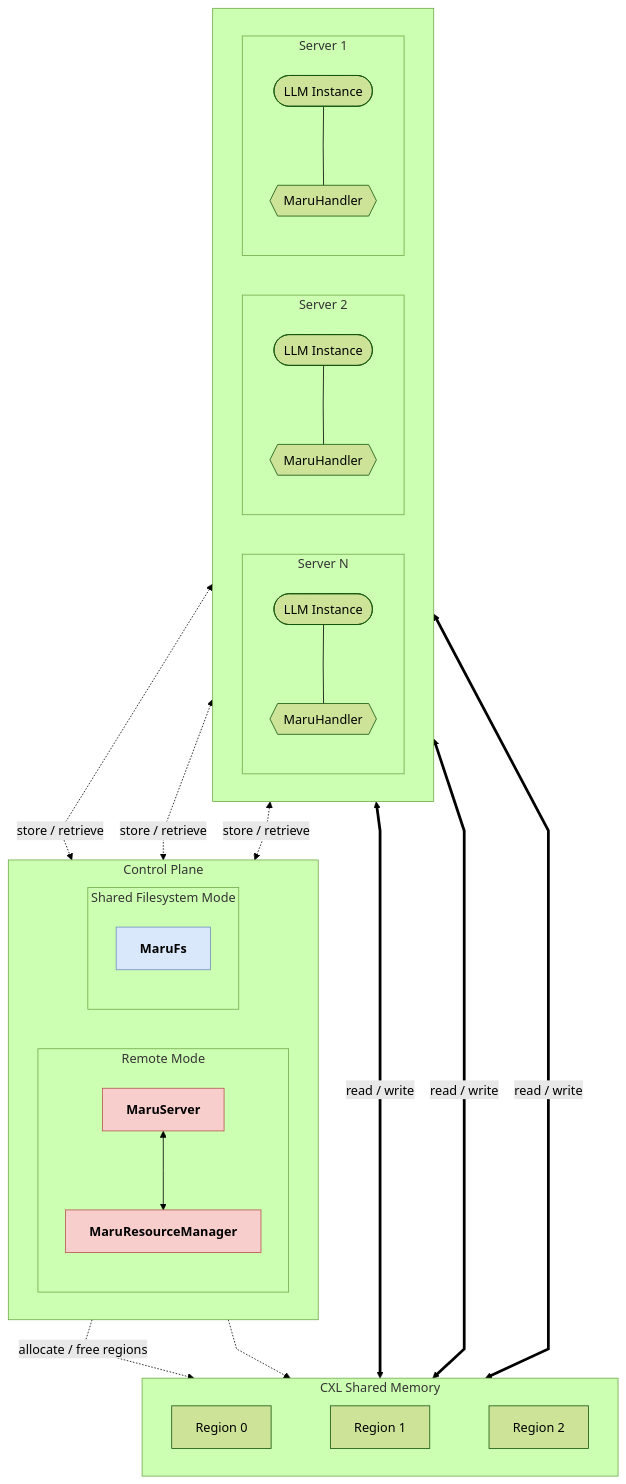
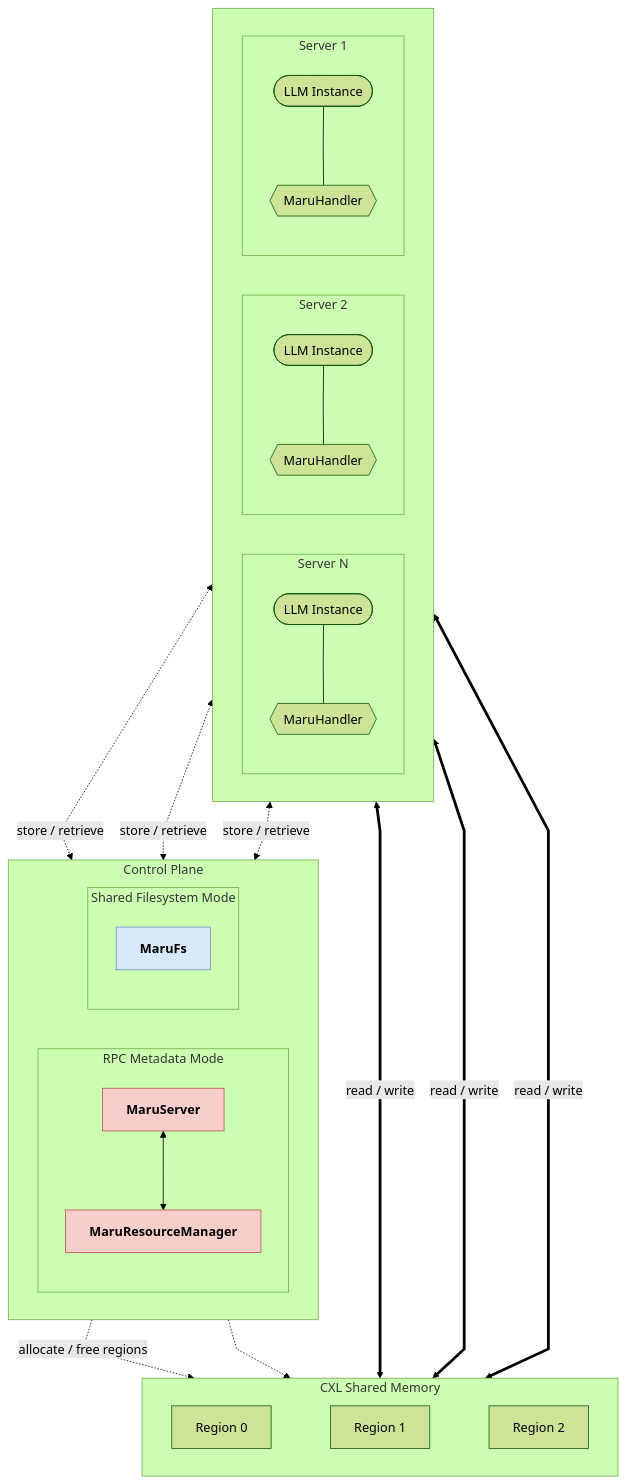
The second of 6 diagrams in docs/source/design_doc/architecture_overview.md (xcena-dev/maru), drawn with Mermaid (forest theme) before and after one commit. The commit also changed other lines of this file and 4 other files, not shown here.

Commit message:
docs: show CXL and RDMA paths in architecture diagrams

````diff
--- a/docs/source/design_doc/architecture_overview.md
+++ b/docs/source/design_doc/architecture_overview.md
@@ -11,58 +51,58 @@
 ```mermaid
 %%{ init: { "flowchart": { "curve": "linear" } } }%%
 flowchart TB
     subgraph Instances[" "]
         direction LR
         subgraph SN["Server N"]
             direction TB
             V1(["LLM Instance"])
             H1{{"MaruHandler"}}
             V1 --- H1
         end
         subgraph S2["Server 2"]
             direction TB
             V2(["LLM Instance"])
             H2{{"MaruHandler"}}
             V2 --- H2
         end
         subgraph S1["Server 1"]
             direction TB
             V3(["LLM Instance"])
             H3{{"MaruHandler"}}
             V3 --- H3
         end
     end
 
     subgraph ControlPlane["Control Plane"]
         direction LR
-        subgraph Remote["Remote Mode"]
+        subgraph Remote["RPC Metadata Mode"]
             direction TB
             MS["MaruServer"]:::maru
             D["MaruResourceManager"]:::maru
             MS <--> D
         end
         subgraph Filesystem["Shared Filesystem Mode"]
             direction TB
             FS["MaruFs"]:::fs
         end
     end
 
     H1 <-.->|"store / retrieve"| FS
     H2 <-.->|"store / retrieve"| MS
     H3 <-.->|"store / retrieve"| MS
 
     subgraph CXL["CXL Shared Memory"]
         direction LR
         R0["Region 0"] ~~~ R1["Region 1"] ~~~ R2["Region 2"]
     end
 
     D -.->|"allocate / free regions"| CXL
     FS -.-> CXL
 
     H1 <==>|"read / write"| CXL
     H2 <==>|"read / write"| CXL
     H3 <==>|"read / write"| CXL
 
     classDef maru fill:#f8cecc,stroke:#b85450,font-weight:bold
     classDef fs fill:#dae8fc,stroke:#6c8ebf,font-weight:bold
 ```
````
